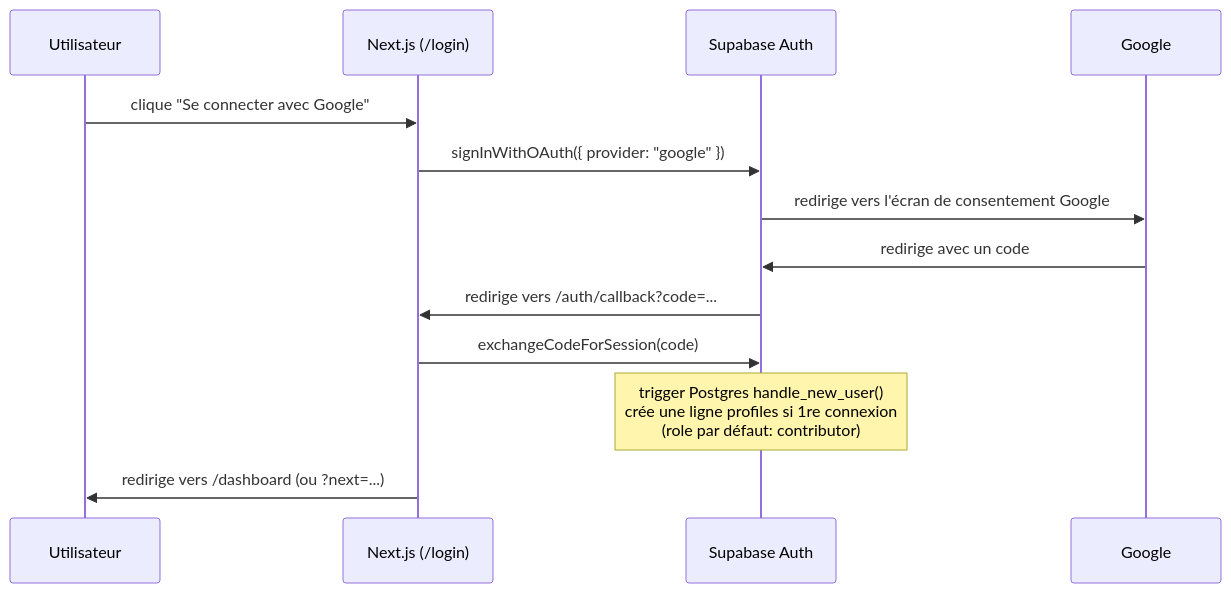
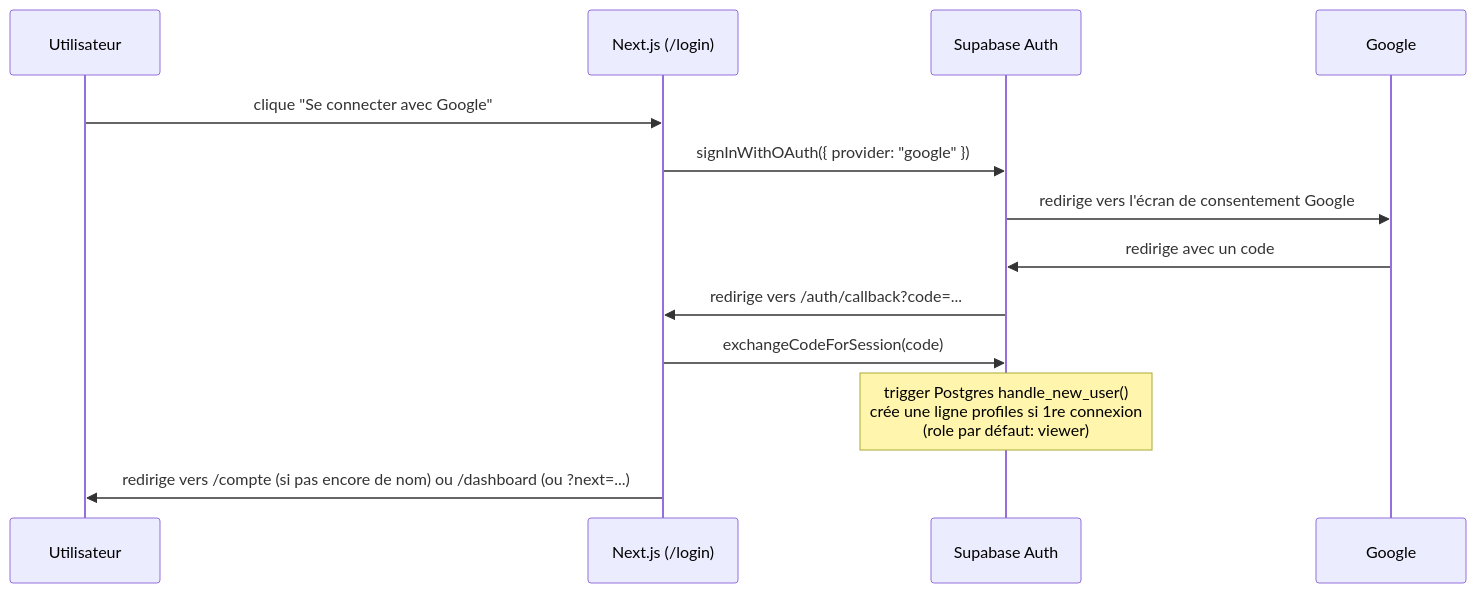
One commit to ahmadgueye/taalib changed the diagram in docs/auth.md. Above: the diagram before and after it, drawn with Mermaid. The commit also changed other lines of this file and 5 other files, not shown here.

````diff
--- a/docs/auth.md
+++ b/docs/auth.md
@@ -9,16 +9,16 @@
 ```mermaid
 sequenceDiagram
     participant U as Utilisateur
     participant App as Next.js (/login)
     participant SB as Supabase Auth
     participant G as Google
 
     U->>App: clique "Se connecter avec Google"
     App->>SB: signInWithOAuth({ provider: "google" })
     SB->>G: redirige vers l'écran de consentement Google
     G->>SB: redirige avec un code
     SB->>App: redirige vers /auth/callback?code=...
     App->>SB: exchangeCodeForSession(code)
-    Note over SB: trigger Postgres handle_new_user()<br/>crée une ligne profiles si 1re connexion<br/>(role par défaut: contributor)
-    App->>U: redirige vers /dashboard (ou ?next=...)
+    Note over SB: trigger Postgres handle_new_user()<br/>crée une ligne profiles si 1re connexion<br/>(role par défaut: viewer)
+    App->>U: redirige vers /compte (si pas encore de nom) ou /dashboard (ou ?next=...)
 ```
````
